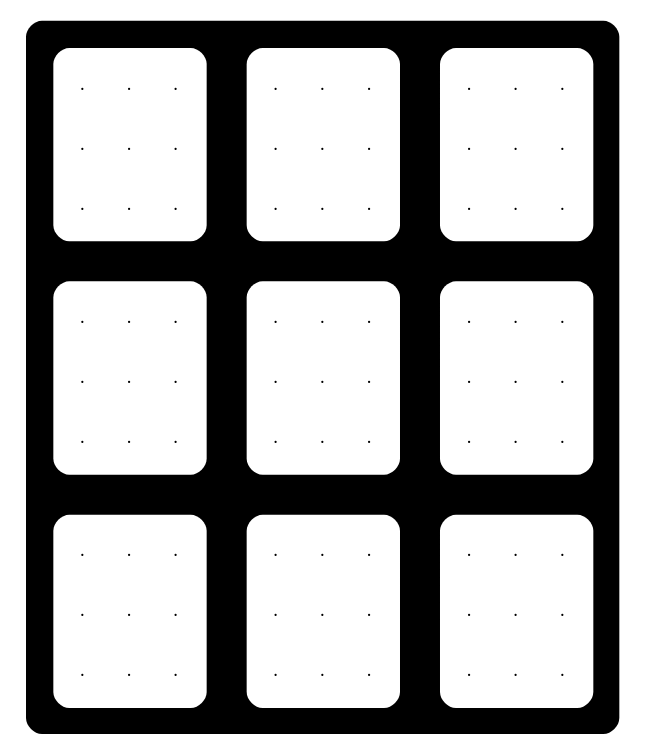
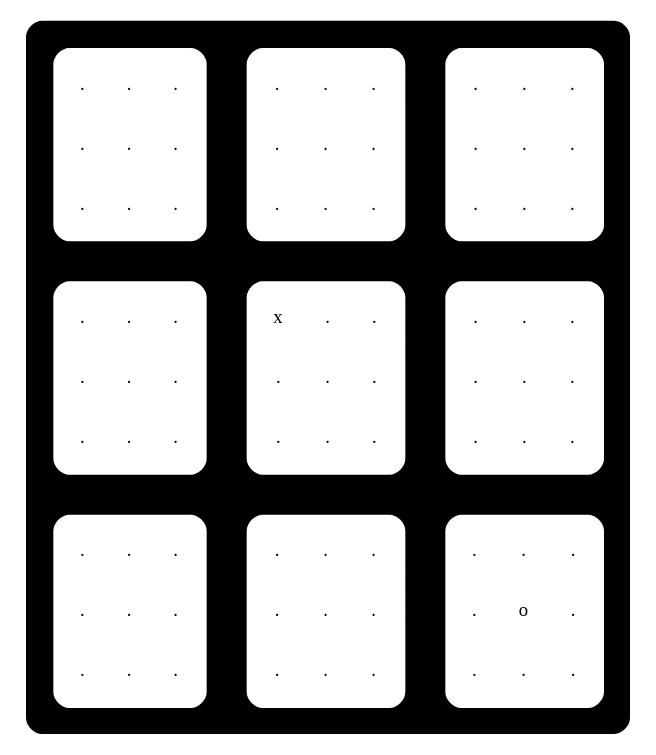
The diagram in FILrouge_AAP/Livrable_2/programme_sm-refresh/morpionUlt.dot (NicolasCestMoi/FilRouge_main), drawn with Graphviz before and after one commit. The commit also changed 8 other files, not shown here.

```diff
--- a/FILrouge_AAP/Livrable_2/programme_sm-refresh/morpionUlt.dot
+++ b/FILrouge_AAP/Livrable_2/programme_sm-refresh/morpionUlt.dot
@@ -1,182 +1,182 @@
 digraph {
   a0 [shape=none label=<<TABLE border="0" cellspacing="10" cellpadding="10" style="rounded" bgcolor="black">
     <TR>
 <TD bgcolor="black">
 <TABLE border="0" cellspacing="10" cellpadding="10" style="rounded" bgcolor="white">
   <TR>
     <TD bgcolor="white">.</TD>
     <TD bgcolor="white">.</TD>
     <TD bgcolor="white">.</TD>
   </TR>
   <TR>
     <TD bgcolor="white">.</TD>
     <TD bgcolor="white">.</TD>
     <TD bgcolor="white">.</TD>
   </TR>
   <TR>
     <TD bgcolor="white">.</TD>
     <TD bgcolor="white">.</TD>
     <TD bgcolor="white">.</TD>
   </TR>
 </TABLE>
 </TD>
 <TD bgcolor="black">
 <TABLE border="0" cellspacing="10" cellpadding="10" style="rounded" bgcolor="white">
   <TR>
     <TD bgcolor="white">.</TD>
     <TD bgcolor="white">.</TD>
     <TD bgcolor="white">.</TD>
   </TR>
   <TR>
     <TD bgcolor="white">.</TD>
     <TD bgcolor="white">.</TD>
     <TD bgcolor="white">.</TD>
   </TR>
   <TR>
     <TD bgcolor="white">.</TD>
     <TD bgcolor="white">.</TD>
     <TD bgcolor="white">.</TD>
   </TR>
 </TABLE>
 </TD>
 <TD bgcolor="black">
 <TABLE border="0" cellspacing="10" cellpadding="10" style="rounded" bgcolor="white">
   <TR>
     <TD bgcolor="white">.</TD>
     <TD bgcolor="white">.</TD>
     <TD bgcolor="white">.</TD>
   </TR>
   <TR>
     <TD bgcolor="white">.</TD>
     <TD bgcolor="white">.</TD>
     <TD bgcolor="white">.</TD>
   </TR>
   <TR>
     <TD bgcolor="white">.</TD>
     <TD bgcolor="white">.</TD>
     <TD bgcolor="white">.</TD>
   </TR>
 </TABLE>
 </TD>
  </TR>
  <TR>
 <TD bgcolor="black">
 <TABLE border="0" cellspacing="10" cellpadding="10" style="rounded" bgcolor="white">
   <TR>
     <TD bgcolor="white">.</TD>
     <TD bgcolor="white">.</TD>
     <TD bgcolor="white">.</TD>
   </TR>
   <TR>
     <TD bgcolor="white">.</TD>
     <TD bgcolor="white">.</TD>
     <TD bgcolor="white">.</TD>
   </TR>
   <TR>
     <TD bgcolor="white">.</TD>
     <TD bgcolor="white">.</TD>
     <TD bgcolor="white">.</TD>
   </TR>
 </TABLE>
 </TD>
 <TD bgcolor="black">
 <TABLE border="0" cellspacing="10" cellpadding="10" style="rounded" bgcolor="white">
   <TR>
-    <TD bgcolor="white">.</TD>
+    <TD bgcolor="white">x</TD>
     <TD bgcolor="white">.</TD>
     <TD bgcolor="white">.</TD>
   </TR>
   <TR>
     <TD bgcolor="white">.</TD>
     <TD bgcolor="white">.</TD>
     <TD bgcolor="white">.</TD>
   </TR>
   <TR>
     <TD bgcolor="white">.</TD>
     <TD bgcolor="white">.</TD>
     <TD bgcolor="white">.</TD>
   </TR>
 </TABLE>
 </TD>
 <TD bgcolor="black">
 <TABLE border="0" cellspacing="10" cellpadding="10" style="rounded" bgcolor="white">
   <TR>
     <TD bgcolor="white">.</TD>
     <TD bgcolor="white">.</TD>
     <TD bgcolor="white">.</TD>
   </TR>
   <TR>
     <TD bgcolor="white">.</TD>
     <TD bgcolor="white">.</TD>
     <TD bgcolor="white">.</TD>
   </TR>
   <TR>
     <TD bgcolor="white">.</TD>
     <TD bgcolor="white">.</TD>
     <TD bgcolor="white">.</TD>
   </TR>
 </TABLE>
 </TD>
  </TR>
  <TR>
 <TD bgcolor="black">
 <TABLE border="0" cellspacing="10" cellpadding="10" style="rounded" bgcolor="white">
   <TR>
     <TD bgcolor="white">.</TD>
     <TD bgcolor="white">.</TD>
     <TD bgcolor="white">.</TD>
   </TR>
   <TR>
     <TD bgcolor="white">.</TD>
     <TD bgcolor="white">.</TD>
     <TD bgcolor="white">.</TD>
   </TR>
   <TR>
     <TD bgcolor="white">.</TD>
     <TD bgcolor="white">.</TD>
     <TD bgcolor="white">.</TD>
   </TR>
 </TABLE>
 </TD>
 <TD bgcolor="black">
 <TABLE border="0" cellspacing="10" cellpadding="10" style="rounded" bgcolor="white">
   <TR>
     <TD bgcolor="white">.</TD>
     <TD bgcolor="white">.</TD>
     <TD bgcolor="white">.</TD>
   </TR>
   <TR>
     <TD bgcolor="white">.</TD>
     <TD bgcolor="white">.</TD>
     <TD bgcolor="white">.</TD>
   </TR>
   <TR>
     <TD bgcolor="white">.</TD>
     <TD bgcolor="white">.</TD>
     <TD bgcolor="white">.</TD>
   </TR>
 </TABLE>
 </TD>
 <TD bgcolor="black">
 <TABLE border="0" cellspacing="10" cellpadding="10" style="rounded" bgcolor="white">
   <TR>
     <TD bgcolor="white">.</TD>
     <TD bgcolor="white">.</TD>
     <TD bgcolor="white">.</TD>
   </TR>
   <TR>
     <TD bgcolor="white">.</TD>
-    <TD bgcolor="white">.</TD>
+    <TD bgcolor="white">o</TD>
     <TD bgcolor="white">.</TD>
   </TR>
   <TR>
     <TD bgcolor="white">.</TD>
     <TD bgcolor="white">.</TD>
     <TD bgcolor="white">.</TD>
   </TR>
 </TABLE>
 </TD>
  </TR>
  </TABLE>
 >];
 }
```
